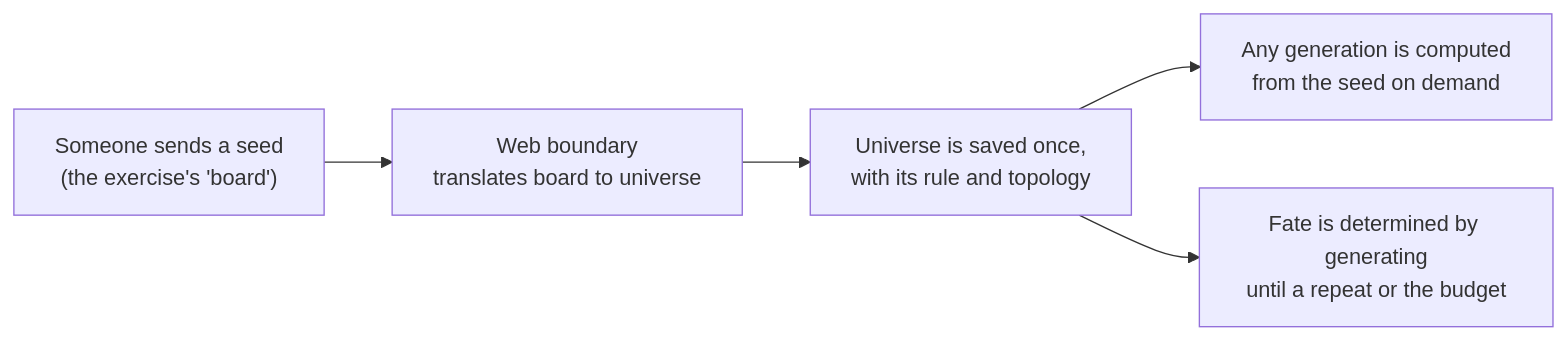
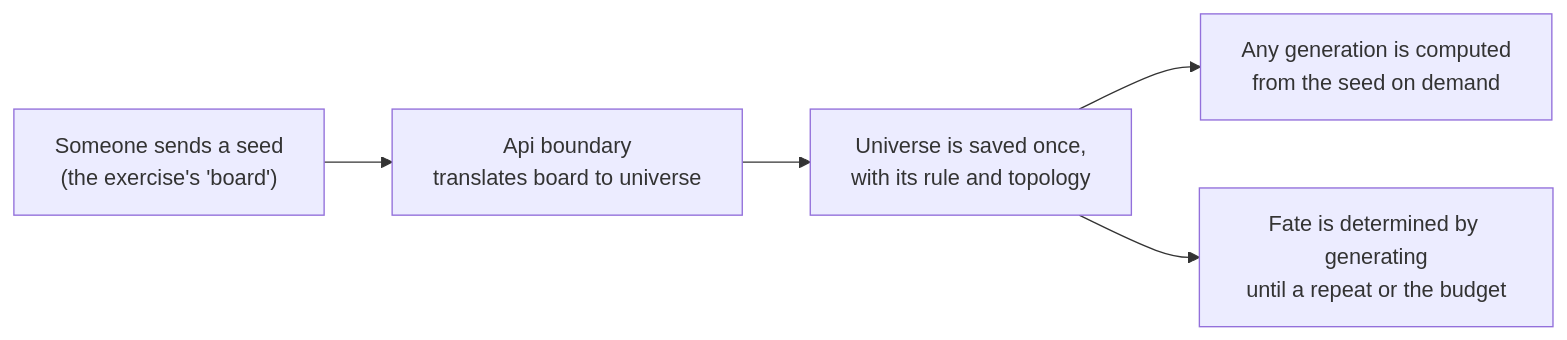
One commit to nksimmons/conways-game-of-life-api changed the first of 8 diagrams in docs/design.md. Above: the diagram before and after it, drawn with Mermaid. The commit also changed other lines of this file and 93 other files, not shown here.

````diff
--- a/docs/design.md
+++ b/docs/design.md
@@ -63,7 +63,7 @@
 ```mermaid
 flowchart LR
-    S["Someone sends a seed<br/>(the exercise's 'board')"] --> T["Web boundary<br/>translates board to universe"]
+    S["Someone sends a seed<br/>(the exercise's 'board')"] --> T["Api boundary<br/>translates board to universe"]
     T --> K["Universe is saved once,<br/>with its rule and topology"]
     K --> G["Any generation is computed<br/>from the seed on demand"]
     K --> F["Fate is determined by generating<br/>until a repeat or the budget"]
 ```
````
